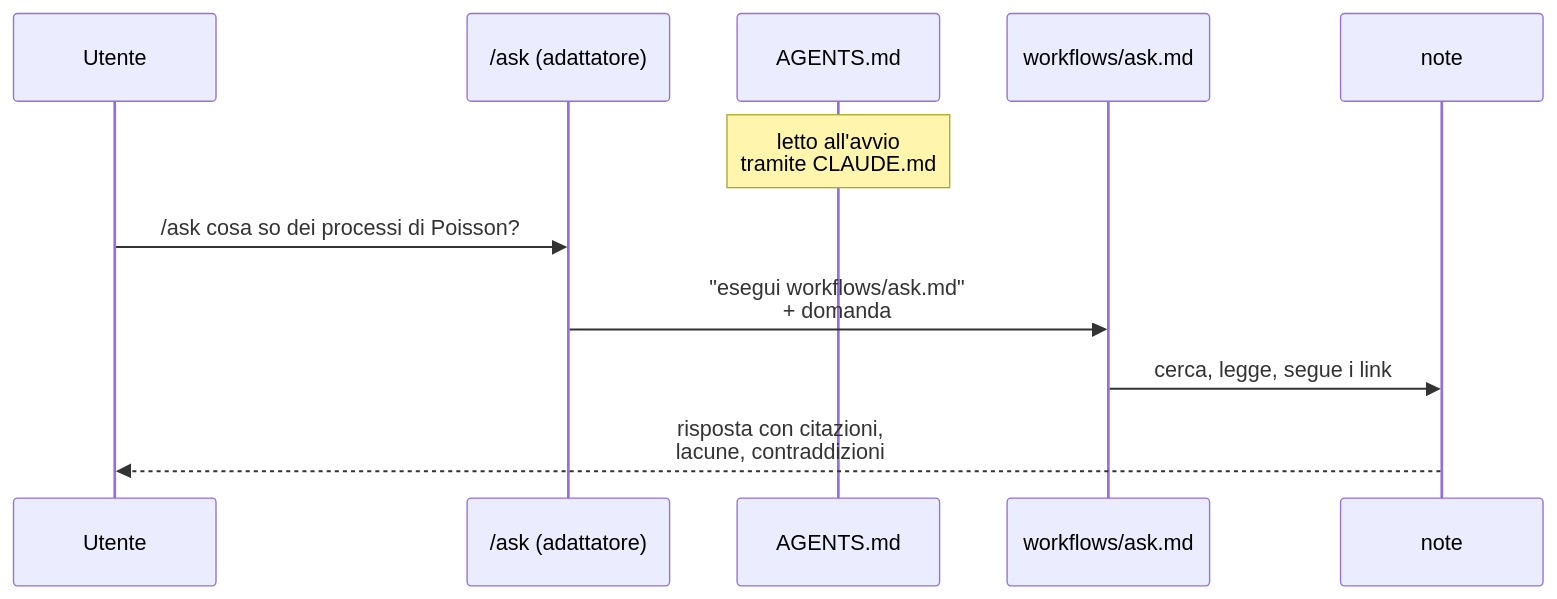
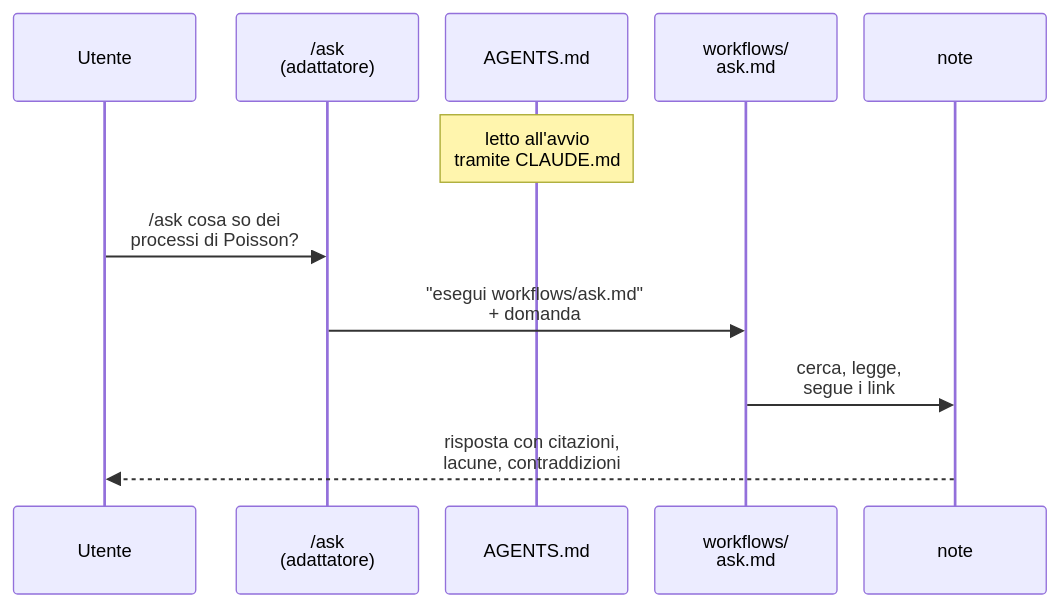
Before and after one commit to matteogiorgi/geonote: the second of 4 diagrams in strumenti_curiosita/second_brain.md, drawn with Mermaid. The commit also changed other lines of this file, not shown here.

Commit message:
fix mermaid graphs

````diff
--- a/strumenti_curiosita/second_brain.md
+++ b/strumenti_curiosita/second_brain.md
@@ -366,13 +373,20 @@
 ```mermaid
+---
+config:
+  fontSize: 13.6
+  sequence:
+    width: 135
+    actorMargin: 20
+---
 sequenceDiagram
     participant U as Utente
-    participant C as /ask (adattatore)
+    participant C as /ask<br/>(adattatore)
     participant A as AGENTS.md
-    participant W as workflows/ask.md
+    participant W as workflows/<br/>ask.md
     participant N as note
     Note over A: letto all'avvio<br/>tramite CLAUDE.md
-    U->>C: /ask cosa so dei processi di Poisson?
+    U->>C: /ask cosa so dei<br/>processi di Poisson?
     C->>W: "esegui workflows/ask.md"<br/>+ domanda
-    W->>N: cerca, legge, segue i link
+    W->>N: cerca, legge,<br/>segue i link
     N-->>U: risposta con citazioni,<br/>lacune, contraddizioni
 ```
````
